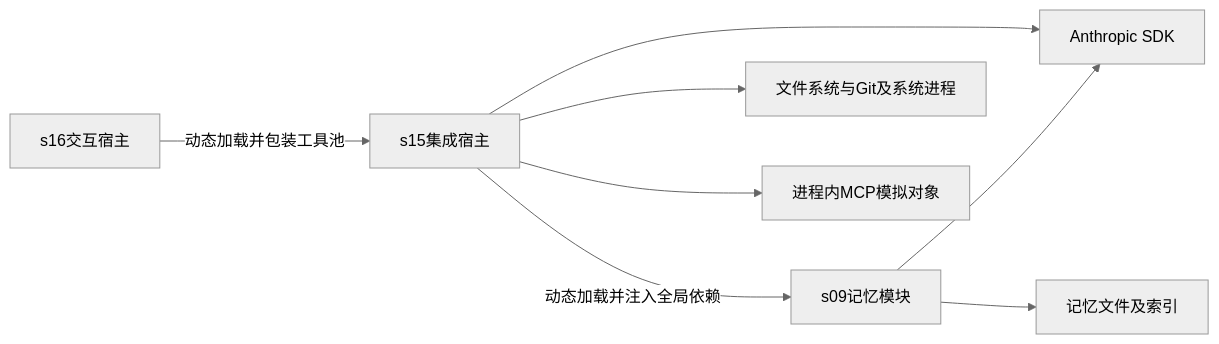
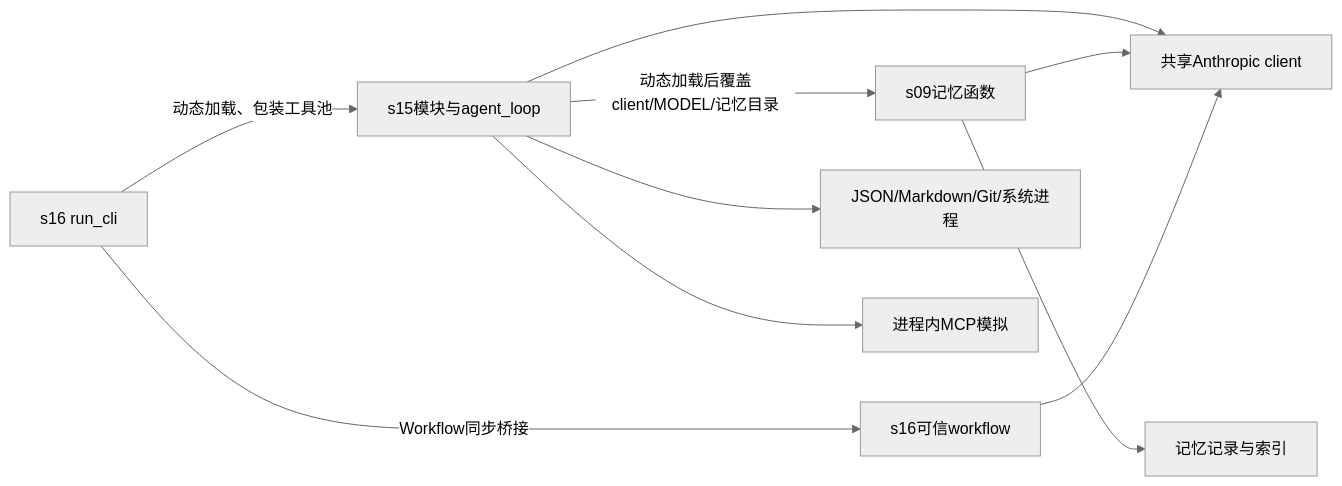
One commit to LiuXin19996/learn-claude-code changed diagram 16 of 16 in .md/s15_integrated_harness.md. Above: the diagram before and after it, drawn with Mermaid (neutral theme). The commit also changed other lines of this file and 11 other files, not shown here.

````diff
--- a/.md/s15_integrated_harness.md
+++ b/.md/s15_integrated_harness.md
@@ -2777,10 +6164,12 @@
-```mermaid
+~~~mermaid
 flowchart LR
-    S16[s16交互宿主] -->|动态加载并包装工具池| S15[s15集成宿主]
-    S15 -->|动态加载并注入全局依赖| S09[s09记忆模块]
-    S15 --> SDK[Anthropic SDK]
+    S16["s16 run_cli"] -->|"动态加载、包装工具池"| S15["s15模块与agent_loop"]
+    S15 -->|"动态加载后覆盖client/MODEL/记忆目录"| S09["s09记忆函数"]
+    S15 --> SDK["共享Anthropic client"]
     S09 --> SDK
-    S15 --> FS[文件系统与Git及系统进程]
-    S09 --> MEM[记忆文件及索引]
-    S15 --> MOCK[进程内MCP模拟对象]
-```
+    S16 -->|"Workflow同步桥接"| WF["s16可信workflow"]
+    WF --> SDK
+    S15 --> FS["JSON/Markdown/Git/系统进程"]
+    S15 --> MOCK["进程内MCP模拟"]
+    S09 --> MEM["记忆记录与索引"]
+~~~
````
